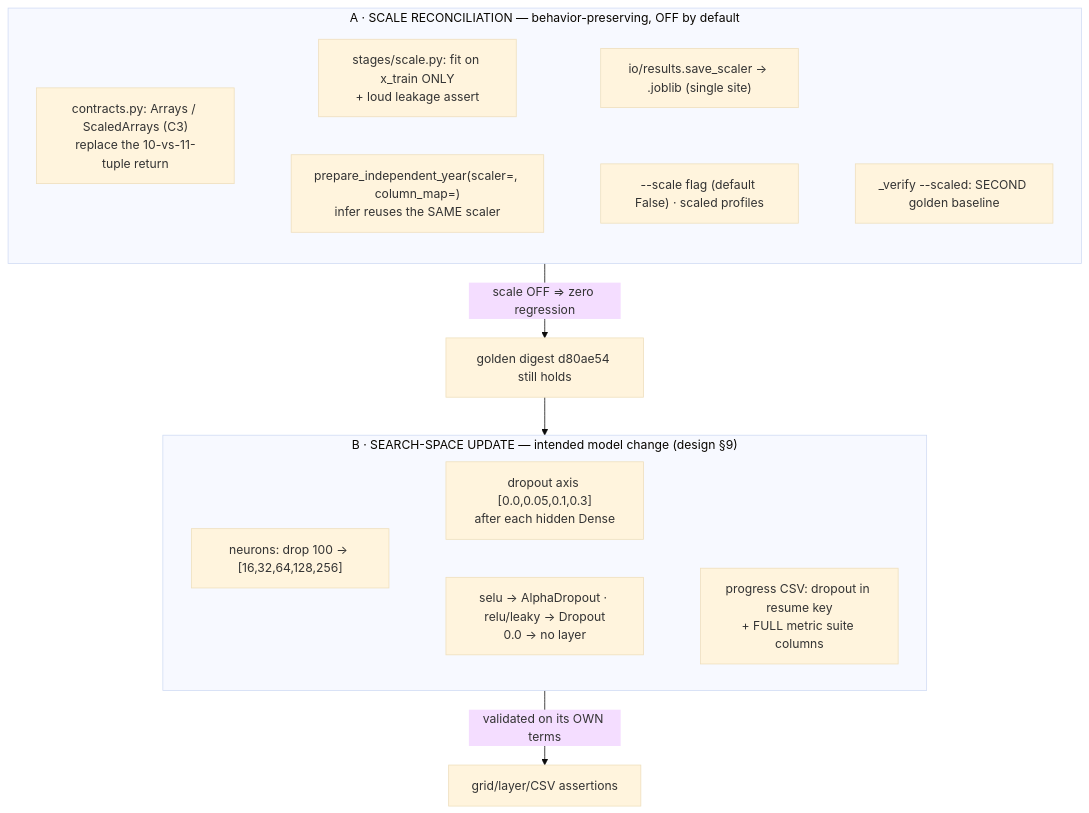
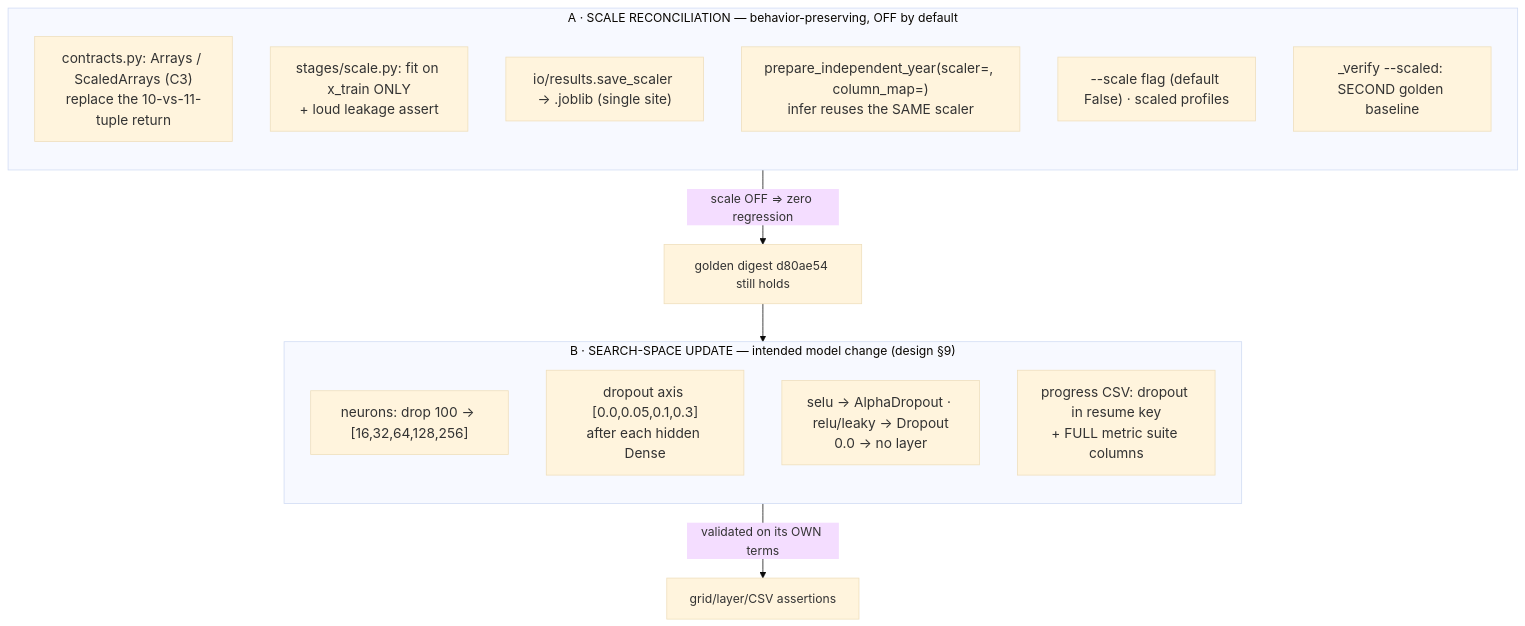
The first of 3 diagrams in docs/ESB_STAGE_C_REPORT.md (conrad-blucher-institute/UQ4ML_WaterTemp), drawn with Mermaid (base theme) before and after one commit.

Commit message:
docs: revert Stage C V1 to single column + add tunable box font size
Back to a 1-row (vertical) layout for sections A and B; add a classDef box
font-size:18px on the inner nodes so the box text is a bit larger and easy to
adjust in one place.

````diff
--- a/docs/ESB_STAGE_C_REPORT.md
+++ b/docs/ESB_STAGE_C_REPORT.md
@@ -15,28 +15,26 @@
 ```mermaid
 flowchart TB
   subgraph A["A · SCALE RECONCILIATION — behavior-preserving, OFF by default"]
-    direction LR
+    direction TB
     a1["contracts.py: Arrays / ScaledArrays (C3)<br/>replace the 10-vs-11-tuple return"]
     a2["stages/scale.py: fit on x_train ONLY<br/>+ loud leakage assert"]
     a3["io/results.save_scaler → .joblib (single site)"]
     a4["prepare_independent_year(scaler=, column_map=)<br/>infer reuses the SAME scaler"]
     a5["--scale flag (default False) · scaled profiles"]
     a6["_verify --scaled: SECOND golden baseline"]
-    a1 ~~~ a2 ~~~ a3
-    a4 ~~~ a5 ~~~ a6
-    a1 ~~~ a4
   end
   A -->|"scale OFF ⇒ zero regression"| GATE["golden digest d80ae54 still holds"]
   GATE --> B
   subgraph B["B · SEARCH-SPACE UPDATE — intended model change (design §9)"]
-    direction LR
+    direction TB
     b1["neurons: drop 100 → [16,32,64,128,256]"]
     b2["dropout axis [0.0,0.05,0.1,0.3]<br/>after each hidden Dense"]
     b3["selu → AlphaDropout · relu/leaky → Dropout<br/>0.0 → no layer"]
     b4["progress CSV: dropout in resume key<br/>+ FULL metric suite columns"]
-    b1 ~~~ b2
-    b3 ~~~ b4
-    b1 ~~~ b3
   end
   B -->|"validated on its OWN terms"| GRID["grid/layer/CSV assertions"]
+
+  %% Inner-box font size — change 18px below to taste (e.g. 16px, 20px):
+  classDef box font-size:18px;
+  class a1,a2,a3,a4,a5,a6,b1,b2,b3,b4 box;
 ```
````
